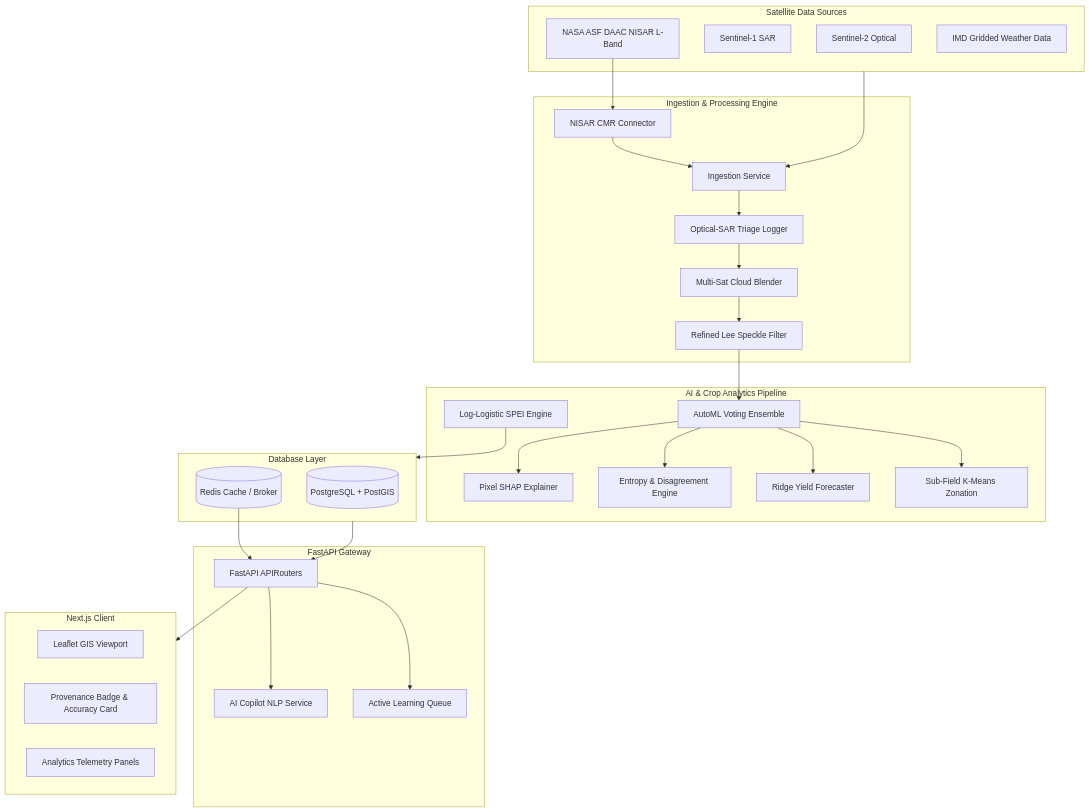
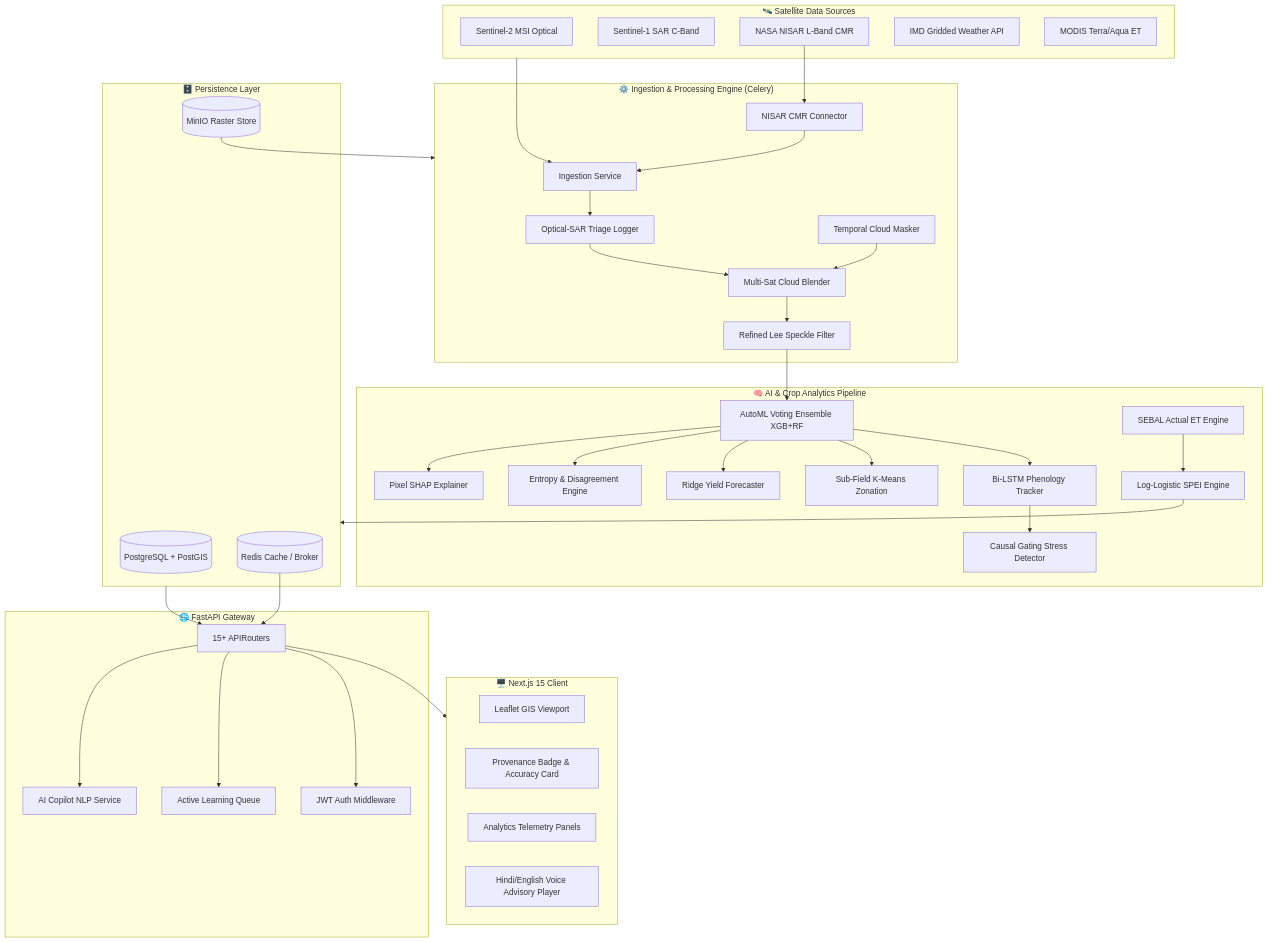
The diagram in README.md (Daksh7785/AgriSat-Intelligence-Platform-ASIP-), drawn with Mermaid before and after one commit. The commit also changed other lines of this file, not shown here.

Commit message:
docs: massively upgrade README - env config, security, monitoring, K8s, Terraform, contributing, full math formulations, DB schema, all 20 features table, API directory, socio-economic impact

````diff
--- a/README.md
+++ b/README.md
@@ -32,68 +84,82 @@
 ```mermaid
 graph TD
-    %% Satellite Data Ingestion
-    subgraph Satellites [Satellite Data Sources]
-        S1[Sentinel-2 Optical]
-        S2[Sentinel-1 SAR]
-        S3[NASA ASF DAAC NISAR L-Band]
-        S4[IMD Gridded Weather Data]
+    %% Satellite Data Sources
+    subgraph Satellites ["🛰️ Satellite Data Sources"]
+        S1[Sentinel-2 MSI Optical]
+        S2[Sentinel-1 SAR C-Band]
+        S3[NASA NISAR L-Band CMR]
+        S4[IMD Gridded Weather API]
+        S5[MODIS Terra/Aqua ET]
     end
 
     %% Ingestion Pipeline
-    subgraph BackendIngestion [Ingestion & Processing Engine]
+    subgraph BackendIngestion ["⚙️ Ingestion & Processing Engine (Celery)"]
         IngService[Ingestion Service]
         NISARConn[NISAR CMR Connector]
         LeeFilter[Refined Lee Speckle Filter]
         Reconciliation[Multi-Sat Cloud Blender]
         Triage[Optical-SAR Triage Logger]
+        CloudMask[Temporal Cloud Masker]
     end
-    
+
     %% AI/ML Models
-    subgraph MLPipeline [AI & Crop Analytics Pipeline]
-        AutoML[AutoML Voting Ensemble]
+    subgraph MLPipeline ["🧠 AI & Crop Analytics Pipeline"]
+        AutoML[AutoML Voting Ensemble XGB+RF]
         SHAPExplainer[Pixel SHAP Explainer]
         Uncertainty[Entropy & Disagreement Engine]
         SPEI[Log-Logistic SPEI Engine]
         YieldModel[Ridge Yield Forecaster]
         Zonation[Sub-Field K-Means Zonation]
+        LSTM[Bi-LSTM Phenology Tracker]
+        StressDetector[Causal Gating Stress Detector]
+        SEBAL[SEBAL Actual ET Engine]
     end
 
     %% Database
-    subgraph Persistence [Database Layer]
+    subgraph Persistence ["🗄️ Persistence Layer"]
         PostGIS[(PostgreSQL + PostGIS)]
         RedisCache[(Redis Cache / Broker)]
+        MinIO[(MinIO Raster Store)]
     end
 
     %% API Server
-    subgraph APIServer [FastAPI Gateway]
-        Routes[FastAPI APIRouters]
+    subgraph APIServer ["🌐 FastAPI Gateway"]
+        Routes[15+ APIRouters]
         CopilotNLP[AI Copilot NLP Service]
         FeedbackQueue[Active Learning Queue]
+        Auth[JWT Auth Middleware]
     end
 
     %% Frontend App
-    subgraph FrontendApp [Next.js Client]
+    subgraph FrontendApp ["🖥️ Next.js 15 Client"]
         LeafletMap[Leaflet GIS Viewport]
         Provenance[Provenance Badge & Accuracy Card]
         DashboardUI[Analytics Telemetry Panels]
+        VoiceAdvisory[Hindi/English Voice Advisory Player]
     end
 
-    %% Flow Connections
+    %% Flow
     Satellites --> IngService
     S3 --> NISARConn
     NISARConn --> IngService
     IngService --> Triage
     Triage --> Reconciliation
     Reconciliation --> LeeFilter
     LeeFilter --> AutoML
+    CloudMask --> Reconciliation
     AutoML --> SHAPExplainer
     AutoML --> Uncertainty
     AutoML --> YieldModel
     AutoML --> Zonation
+    AutoML --> LSTM
+    LSTM --> StressDetector
+    SEBAL --> SPEI
     SPEI --> Persistence
     Persistence --> Routes
     RedisCache --> Routes
     Routes --> CopilotNLP
     Routes --> FeedbackQueue
+    Routes --> Auth
     Routes --> FrontendApp
+    MinIO --> BackendIngestion
 ```
````
